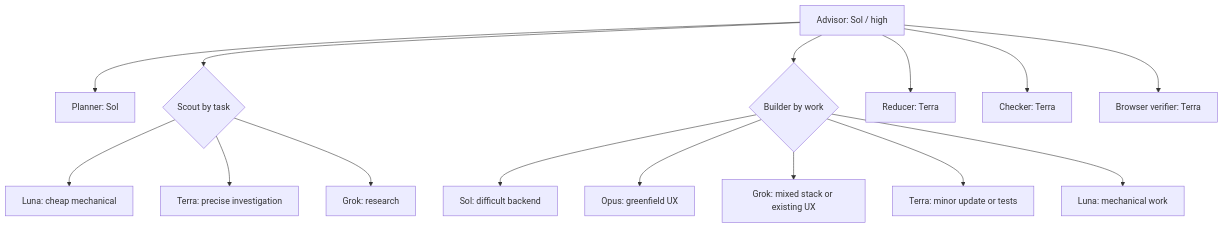
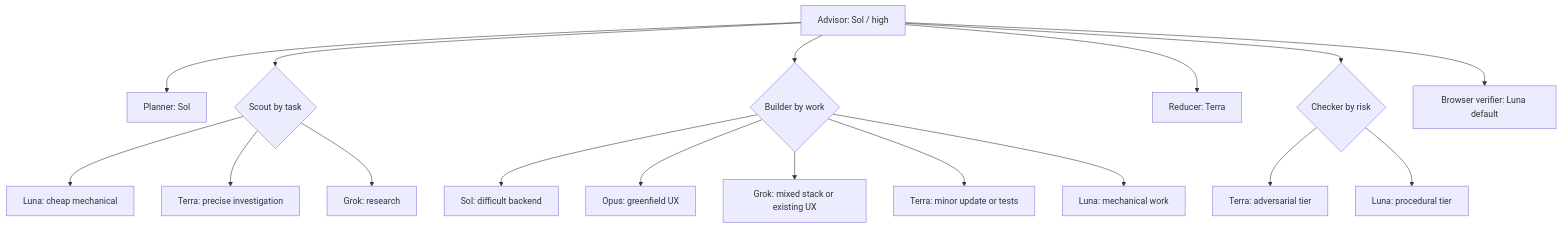
Before and after one commit to nourhelmi/pi-meta-harness: the diagram in README.md, drawn with Mermaid. The commit also changed other lines of this file and 4 other files, not shown here.

First line of the commit message:
feat(advisor): tier checking by risk across terra and luna

````diff
--- a/README.md
+++ b/README.md
@@ -43,17 +43,19 @@
 ```mermaid
 flowchart TD
     A[Advisor: Sol / high] --> P[Planner: Sol]
     A --> S{Scout by task}
     S --> L[Luna: cheap mechanical]
     S --> T[Terra: precise investigation]
     S --> G[Grok: research]
     A --> B{Builder by work}
     B --> BS[Sol: difficult backend]
     B --> BO[Opus: greenfield UX]
     B --> BG[Grok: mixed stack or existing UX]
     B --> BT[Terra: minor update or tests]
     B --> BL[Luna: mechanical work]
     A --> R[Reducer: Terra]
-    A --> C[Checker: Terra]
-    A --> V[Browser verifier: Terra]
+    A --> C{Checker by risk}
+    C --> CT[Terra: adversarial tier]
+    C --> CL[Luna: procedural tier]
+    A --> V[Browser verifier: Luna default]
 ```
````
